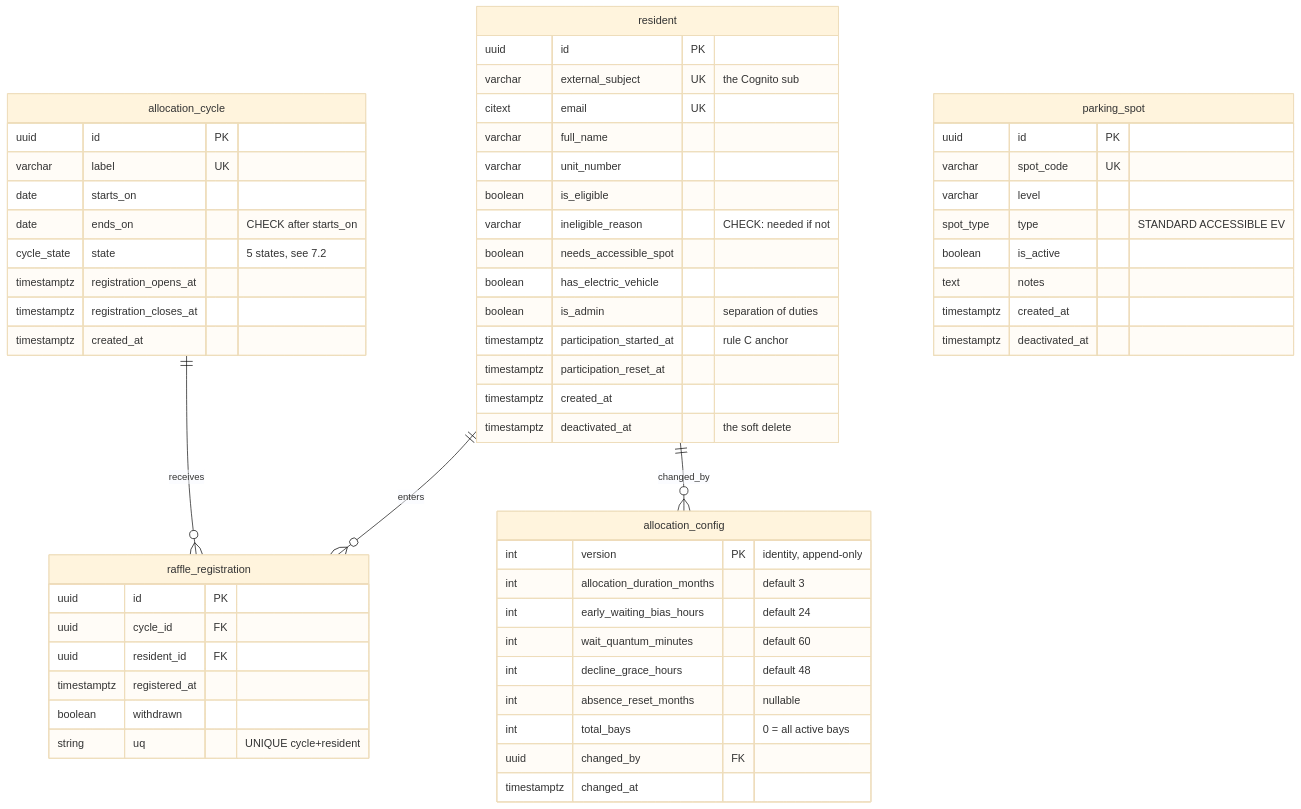
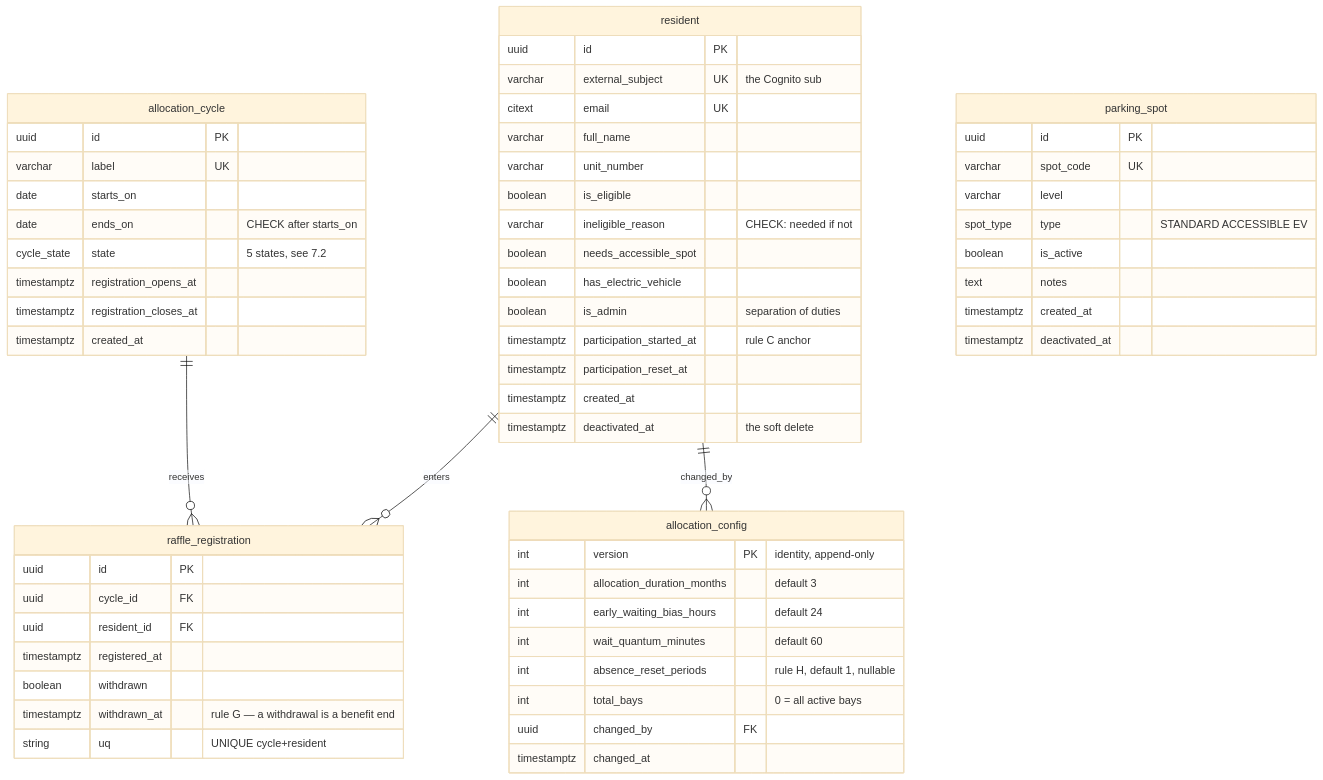
Before and after one commit to jcallisayaunosquare/pacs-parking-allocation: the eighth of 20 diagrams in docs/delivery/01-technical-documentation.md, drawn with Mermaid (base theme). The commit also changed other lines of this file and 11 other files, not shown here.

````diff
--- a/docs/delivery/01-technical-documentation.md
+++ b/docs/delivery/01-technical-documentation.md
@@ -626,62 +646,62 @@
 ```mermaid
 erDiagram
   resident ||--o{ raffle_registration : "enters"
   allocation_cycle ||--o{ raffle_registration : "receives"
   resident ||--o{ allocation_config : "changed_by"
 
   resident {
     uuid id PK
     varchar external_subject UK "the Cognito sub"
     citext email UK
     varchar full_name
     varchar unit_number
     boolean is_eligible
     varchar ineligible_reason "CHECK: needed if not"
     boolean needs_accessible_spot
     boolean has_electric_vehicle
     boolean is_admin "separation of duties"
     timestamptz participation_started_at "rule C anchor"
     timestamptz participation_reset_at
     timestamptz created_at
     timestamptz deactivated_at "the soft delete"
   }
   allocation_cycle {
     uuid id PK
     varchar label UK
     date starts_on
     date ends_on "CHECK after starts_on"
     cycle_state state "5 states, see 7.2"
     timestamptz registration_opens_at
     timestamptz registration_closes_at
     timestamptz created_at
   }
   raffle_registration {
     uuid id PK
     uuid cycle_id FK
     uuid resident_id FK
     timestamptz registered_at
     boolean withdrawn
+    timestamptz withdrawn_at "rule G — a withdrawal is a benefit end"
     string uq "UNIQUE cycle+resident"
   }
   allocation_config {
     int version PK "identity, append-only"
     int allocation_duration_months "default 3"
     int early_waiting_bias_hours "default 24"
     int wait_quantum_minutes "default 60"
-    int decline_grace_hours "default 48"
-    int absence_reset_months "nullable"
+    int absence_reset_periods "rule H, default 1, nullable"
     int total_bays "0 = all active bays"
     uuid changed_by FK
     timestamptz changed_at
   }
   parking_spot {
     uuid id PK
     varchar spot_code UK
     varchar level
     spot_type type "STANDARD ACCESSIBLE EV"
     boolean is_active
     text notes
     timestamptz created_at
     timestamptz deactivated_at
   }
 ```
````
